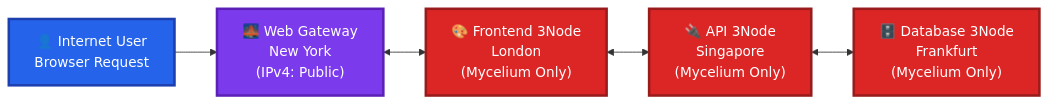
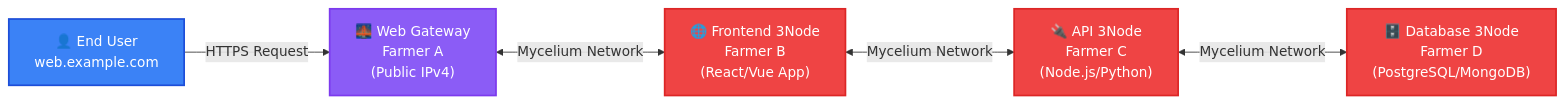
Before and after one commit to threefoldtech/info_grid: the third of 3 diagrams in labs/docs/documentation/farmers/advanced_networking_toc/web_gateway/web_gateway_architecture.md, drawn with Mermaid. The commit also changed other lines of this file and 1 other file, not shown here.

Commit message:
web gateway light dark mermaid

````diff
--- a/labs/docs/documentation/farmers/advanced_networking_toc/web_gateway/web_gateway_architecture.md
+++ b/labs/docs/documentation/farmers/advanced_networking_toc/web_gateway/web_gateway_architecture.md
@@ -106,19 +114,21 @@
 ```mermaid
 flowchart LR
-    User["👤 Internet User<br/>Browser Request"]
-    Gateway["🌉 Web Gateway<br/>New York<br/>(IPv4: Public)"]
-    Frontend["🎨 Frontend 3Node<br/>London<br/>(Mycelium Only)"]
-    API["🔌 API 3Node<br/>Singapore<br/>(Mycelium Only)"]
-    DB["🗄️ Database 3Node<br/>Frankfurt<br/>(Mycelium Only)"]
+    User["👤 End User<br/>web.example.com"]
+    Gateway["🌉 Web Gateway<br/>Farmer A<br/>(Public IPv4)"]
+    Frontend["🌐 Frontend 3Node<br/>Farmer B<br/>(React/Vue App)"]
+    API["🔌 API 3Node<br/>Farmer C<br/>(Node.js/Python)"]
+    DB["🗄️ Database 3Node<br/>Farmer D<br/>(PostgreSQL/MongoDB)"]
     
-    User --> Gateway
-    Gateway <--> Frontend
-    Frontend <--> API
-    API <--> DB
+    User -->|"HTTPS Request"| Gateway
+    Gateway <-->|"Mycelium Network"| Frontend
+    Frontend <-->|"Mycelium Network"| API
+    API <-->|"Mycelium Network"| DB
     
-    style User fill:#2563eb,stroke:#1e40af,stroke-width:3px,color:#ffffff
-    style Gateway fill:#7c3aed,stroke:#5b21b6,stroke-width:3px,color:#ffffff
-    style Frontend fill:#dc2626,stroke:#991b1b,stroke-width:3px,color:#ffffff
-    style API fill:#dc2626,stroke:#991b1b,stroke-width:3px,color:#ffffff
-    style DB fill:#dc2626,stroke:#991b1b,stroke-width:3px,color:#ffffff
+    classDef userClass fill:#3b82f6,stroke:#1d4ed8,stroke-width:2px,color:#ffffff
+    classDef gatewayClass fill:#8b5cf6,stroke:#7c3aed,stroke-width:2px,color:#ffffff
+    classDef nodeClass fill:#ef4444,stroke:#dc2626,stroke-width:2px,color:#ffffff
+    
+    class User userClass
+    class Gateway gatewayClass
+    class Frontend,API,DB nodeClass
 ```
````
